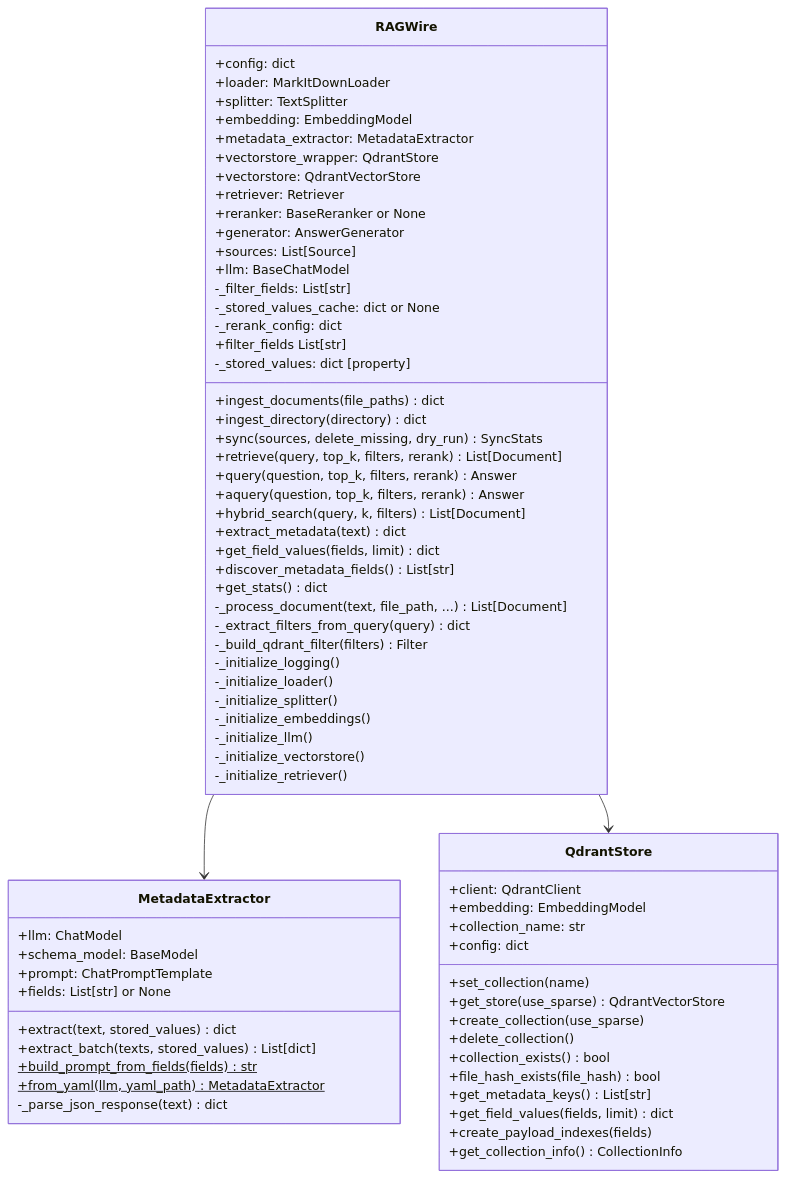
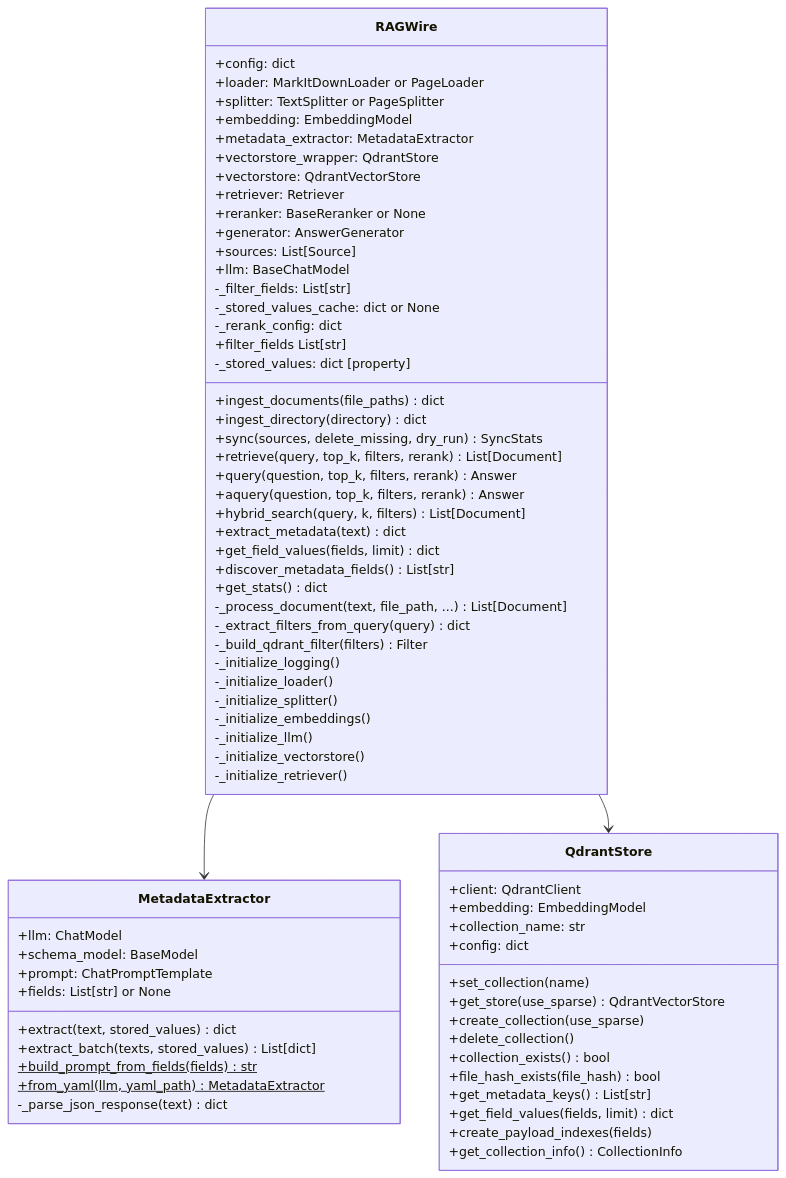
Before and after one commit to laxmimerit/RAGWire: the second of 3 diagrams in docs/architecture/component_map.md, drawn with Mermaid. The commit also changed other lines of this file and 9 other files, not shown here.

First line of the commit message:
Document the page splitter strategy

````diff
--- a/docs/architecture/component_map.md
+++ b/docs/architecture/component_map.md
@@ -70,79 +73,79 @@
 ```mermaid
 classDiagram
     class RAGWire {
         +config: dict
-        +loader: MarkItDownLoader
-        +splitter: TextSplitter
+        +loader: MarkItDownLoader or PageLoader
+        +splitter: TextSplitter or PageSplitter
         +embedding: EmbeddingModel
         +metadata_extractor: MetadataExtractor
         +vectorstore_wrapper: QdrantStore
         +vectorstore: QdrantVectorStore
         +retriever: Retriever
         +reranker: BaseReranker or None
         +generator: AnswerGenerator
         +sources: List[Source]
         +llm: BaseChatModel
         -_filter_fields: List[str]
         -_stored_values_cache: dict or None
         -_rerank_config: dict
 
         +ingest_documents(file_paths) dict
         +ingest_directory(directory) dict
         +sync(sources, delete_missing, dry_run) SyncStats
         +retrieve(query, top_k, filters, rerank) List[Document]
         +query(question, top_k, filters, rerank) Answer
         +aquery(question, top_k, filters, rerank) Answer
         +hybrid_search(query, k, filters) List[Document]
         +extract_metadata(text) dict
         +get_field_values(fields, limit) dict
         +filter_fields List[str]
         +discover_metadata_fields() List[str]
         +get_stats() dict
 
         -_process_document(text, file_path, ...) List[Document]
         -_extract_filters_from_query(query) dict
         -_build_qdrant_filter(filters) Filter
         -_stored_values: dict [property]
         -_initialize_logging()
         -_initialize_loader()
         -_initialize_splitter()
         -_initialize_embeddings()
         -_initialize_llm()
         -_initialize_vectorstore()
         -_initialize_retriever()
     }
 
     class MetadataExtractor {
         +llm: ChatModel
         +schema_model: BaseModel
         +prompt: ChatPromptTemplate
         +fields: List[str] or None
 
         +extract(text, stored_values) dict
         +extract_batch(texts, stored_values) List[dict]
         +build_prompt_from_fields(fields)$ str
         +from_yaml(llm, yaml_path)$ MetadataExtractor
         -_parse_json_response(text) dict
     }
 
     class QdrantStore {
         +client: QdrantClient
         +embedding: EmbeddingModel
         +collection_name: str
         +config: dict
 
         +set_collection(name)
         +get_store(use_sparse) QdrantVectorStore
         +create_collection(use_sparse)
         +delete_collection()
         +collection_exists() bool
         +file_hash_exists(file_hash) bool
         +get_metadata_keys() List[str]
         +get_field_values(fields, limit) dict
         +create_payload_indexes(fields)
         +get_collection_info() CollectionInfo
     }
 
     RAGWire --> MetadataExtractor
     RAGWire --> QdrantStore
 ```
````
